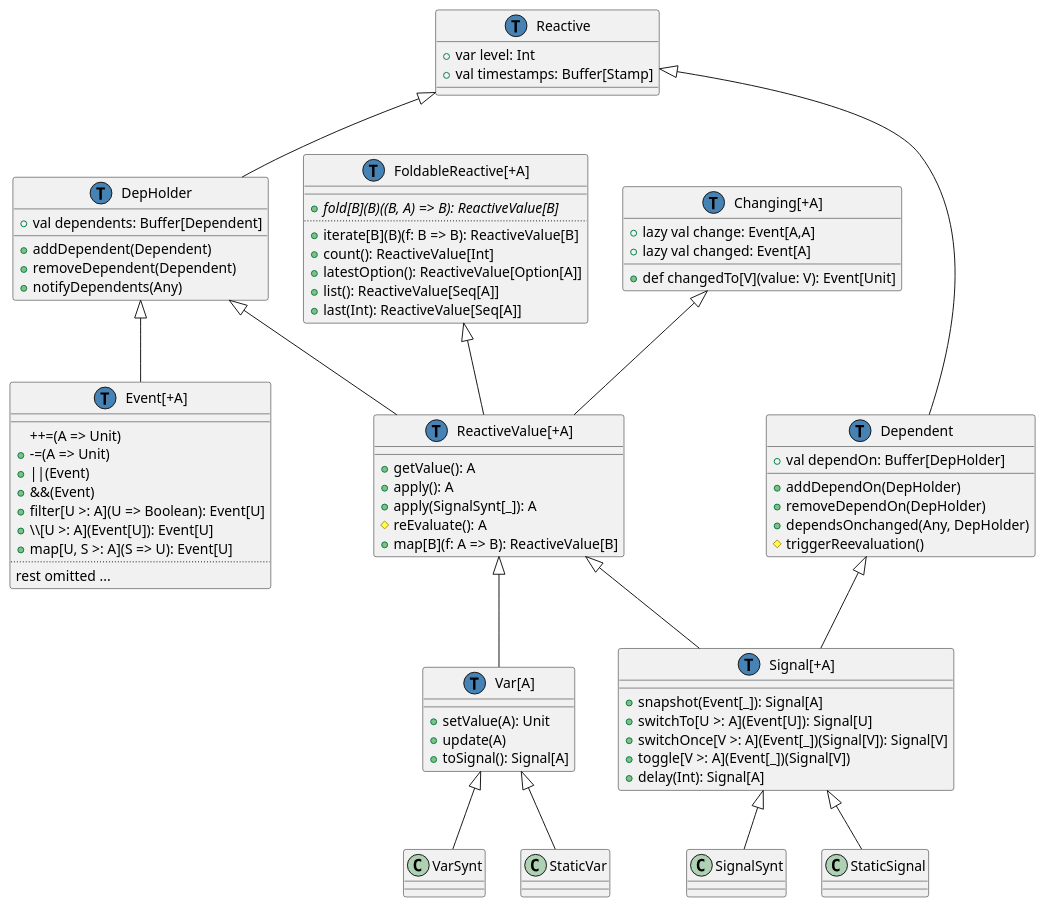
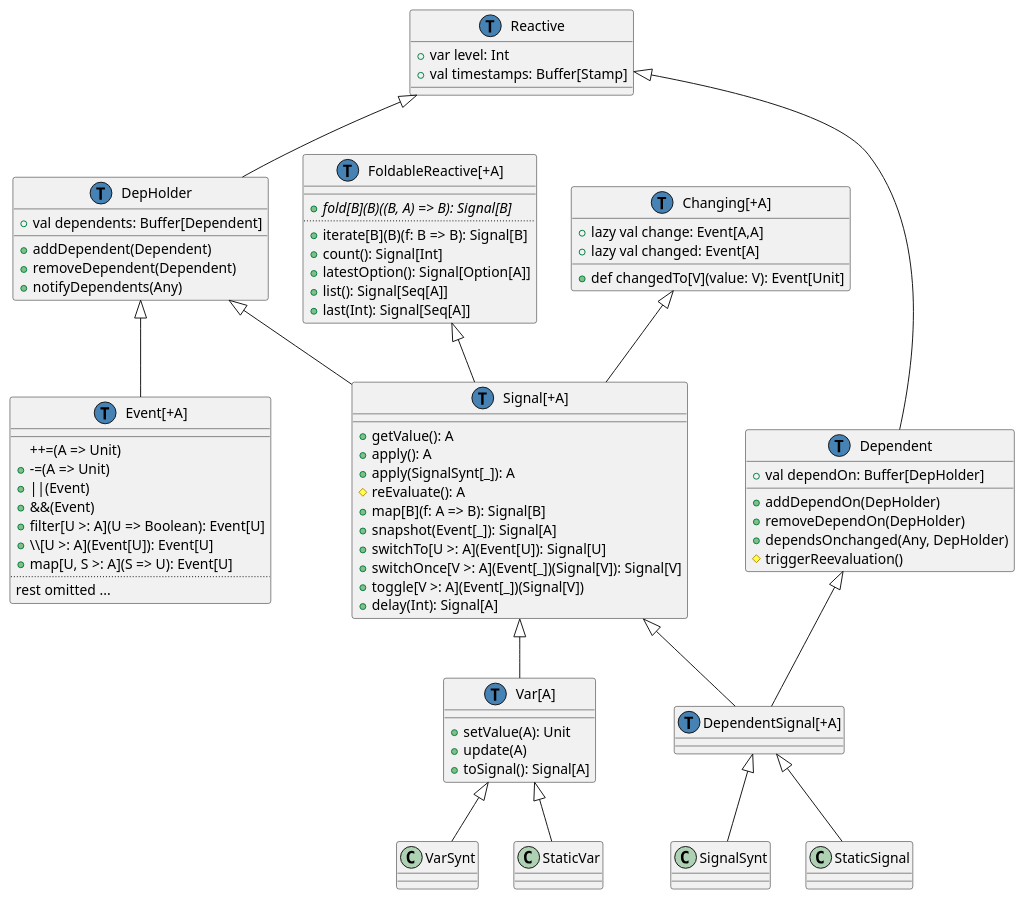
Before and after one commit to rescala-lang/REScala: the diagram in doc/class-hierarchy/post-refactoring-may-14.plantuml, drawn with PlantUML. The commit also changed 6 other files, not shown here.

Commit message:
Rename ReactiveValue to Signal, Signal to DependentSignal

```diff
--- a/doc/class-hierarchy/post-refactoring-may-14.plantuml
+++ b/doc/class-hierarchy/post-refactoring-may-14.plantuml
@@ -1,102 +1,100 @@
 @startuml
 class Reactive {
   +var level: Int
   +val timestamps: Buffer[Stamp]
 }
 
 class DepHolder {
   +val dependents: Buffer[Dependent]
   __
   +addDependent(Dependent)
   +removeDependent(Dependent)
   +notifyDependents(Any)
 }
 Reactive <|-- DepHolder
 
 class Dependent {
   +val dependOn: Buffer[DepHolder]
   __
   +addDependOn(DepHolder)
   +removeDependOn(DepHolder)
   +dependsOnchanged(Any, DepHolder)
   #triggerReevaluation()
 }
 Reactive <|-- Dependent
 
-class "ReactiveValue[+A]" as ReactiveValue {
+class "Signal[+A]" as Signal {
   +getValue(): A
   +apply(): A
   +apply(SignalSynt[_]): A
   #reEvaluate(): A
-  +map[B](f: A => B): ReactiveValue[B]
+  +map[B](f: A => B): Signal[B]
+  +snapshot(Event[_]): Signal[A]
+  +switchTo[U >: A](Event[U]): Signal[U]
+  +switchOnce[V >: A](Event[_])(Signal[V]): Signal[V]
+  +toggle[V >: A](Event[_])(Signal[V])
+  +delay(Int): Signal[A]
 }
-DepHolder <|-- ReactiveValue
-FoldableReactive <|-- ReactiveValue
+DepHolder <|-- Signal
+FoldableReactive <|-- Signal
 
 class "Var[A]" as Var {
   __
   +setValue(A): Unit
   +update(A)
   +toSignal(): Signal[A]
 }
-ReactiveValue <|-- Var
+Signal <|-- Var
 
-class "Signal[+A]" as Signal {
-  __
-  +snapshot(Event[_]): Signal[A]
-  +switchTo[U >: A](Event[U]): Signal[U]
-  +switchOnce[V >: A](Event[_])(Signal[V]): Signal[V]
-  +toggle[V >: A](Event[_])(Signal[V])
-  +delay(Int): Signal[A]
-}
-Dependent <|-- Signal
-ReactiveValue <|-- Signal
+class "DependentSignal[+A]" as DependentSignal
+Dependent <|-- DependentSignal
+Signal <|-- DependentSignal
 
 class "Event[+A]" as Event {
   __
   ++=(A => Unit)
   +-=(A => Unit)
   +||(Event)
   +&&(Event)
   +filter[U >: A](U => Boolean): Event[U]
   +\\\[U >: A](Event[U]): Event[U]
   +map[U, S >: A](S => U): Event[U]
   ..
   rest omitted ...
 }
 DepHolder <|-- Event
 
 class "FoldableReactive[+A]" as FoldableReactive {
   __
-  + {abstract} fold[B](B)((B, A) => B): ReactiveValue[B]
+  + {abstract} fold[B](B)((B, A) => B): Signal[B]
   ..
-  +iterate[B](B)(f: B => B): ReactiveValue[B]
-  +count(): ReactiveValue[Int]
-  +latestOption(): ReactiveValue[Option[A]]
-  +list(): ReactiveValue[Seq[A]]
-  +last(Int): ReactiveValue[Seq[A]]
+  +iterate[B](B)(f: B => B): Signal[B]
+  +count(): Signal[Int]
+  +latestOption(): Signal[Option[A]]
+  +list(): Signal[Seq[A]]
+  +last(Int): Signal[Seq[A]]
 }
 
 class "Changing[+A]" as Changing {
   +lazy val change: Event[A,A]
   +lazy val changed: Event[A]
   __
   +def changedTo[V](value: V): Event[Unit]
 }
-Changing <|-- ReactiveValue
+Changing <|-- Signal
 
-Signal <|-- SignalSynt
-Signal <|-- StaticSignal
+DependentSignal <|-- SignalSynt
+DependentSignal <|-- StaticSignal
 Var <|-- VarSynt
 Var <|-- StaticVar
 
 class Signal << (T,#4682b4) >>
 class Var << (T,#4682b4) >>
 class DepHolder << (T,#4682b4) >>
 class Dependent << (T,#4682b4) >>
 class Reactive << (T,#4682b4) >>
 class Event << (T,#4682b4) >>
-class ReactiveValue << (T,#4682b4) >>
+class DependentSignal << (T,#4682b4) >>
 class Changing << (T,#4682b4) >>
 class FoldableReactive << (T,#4682b4) >>
 @enduml
```
